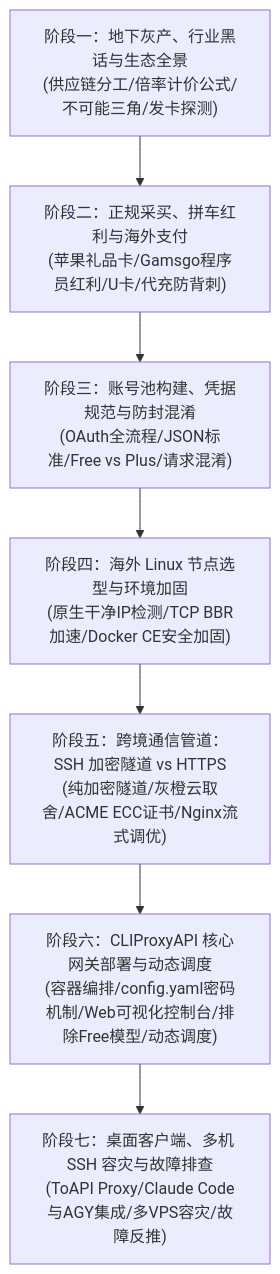
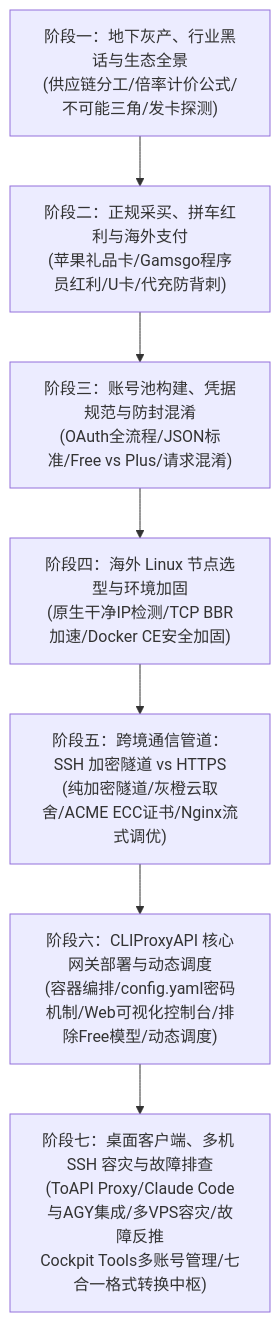
Before and after one commit to ponyletter/py310sphinx_knowledge: the diagram in docs/source/courses/ai_reverse_proxy_and_account_pool/index.md, drawn with Mermaid. The commit also changed 41 other files, not shown here.

Commit message:
feat: add Wyoming LLC course and expand AI reverse proxy course with Cockpit tools and syntax fixes

````diff
--- a/docs/source/courses/ai_reverse_proxy_and_account_pool/index.md
+++ b/docs/source/courses/ai_reverse_proxy_and_account_pool/index.md
@@ -23,12 +23,12 @@
 ```{mermaid}
 flowchart TD
     S1["阶段一：地下灰产、行业黑话与生态全景<br/>(供应链分工/倍率计价公式/不可能三角/发卡探测)"]
     S2["阶段二：正规采买、拼车红利与海外支付<br/>(苹果礼品卡/Gamsgo程序员红利/U卡/代充防背刺)"]
     S3["阶段三：账号池构建、凭据规范与防封混淆<br/>(OAuth全流程/JSON标准/Free vs Plus/请求混淆)"]
     S4["阶段四：海外 Linux 节点选型与环境加固<br/>(原生干净IP检测/TCP BBR加速/Docker CE安全加固)"]
     S5["阶段五：跨境通信管道：SSH 加密隧道 vs HTTPS<br/>(纯加密隧道/灰橙云取舍/ACME ECC证书/Nginx流式调优)"]
     S6["阶段六：CLIProxyAPI 核心网关部署与动态调度<br/>(容器编排/config.yaml密码机制/Web可视化控制台/排除Free模型/动态调度)"]
-    S7["阶段七：桌面客户端、多机 SSH 容灾与故障排查<br/>(ToAPI Proxy/Claude Code与AGY集成/多VPS容灾/故障反推)"]
+    S7["阶段七：桌面客户端、多机 SSH 容灾与故障排查<br/>(ToAPI Proxy/Claude Code与AGY集成/多VPS容灾/故障反推<br/>Cockpit Tools多账号管理/七合一格式转换中枢)"]
 
     S1 --> S2 --> S3 --> S4 --> S5 --> S6 --> S7
 ```
````
